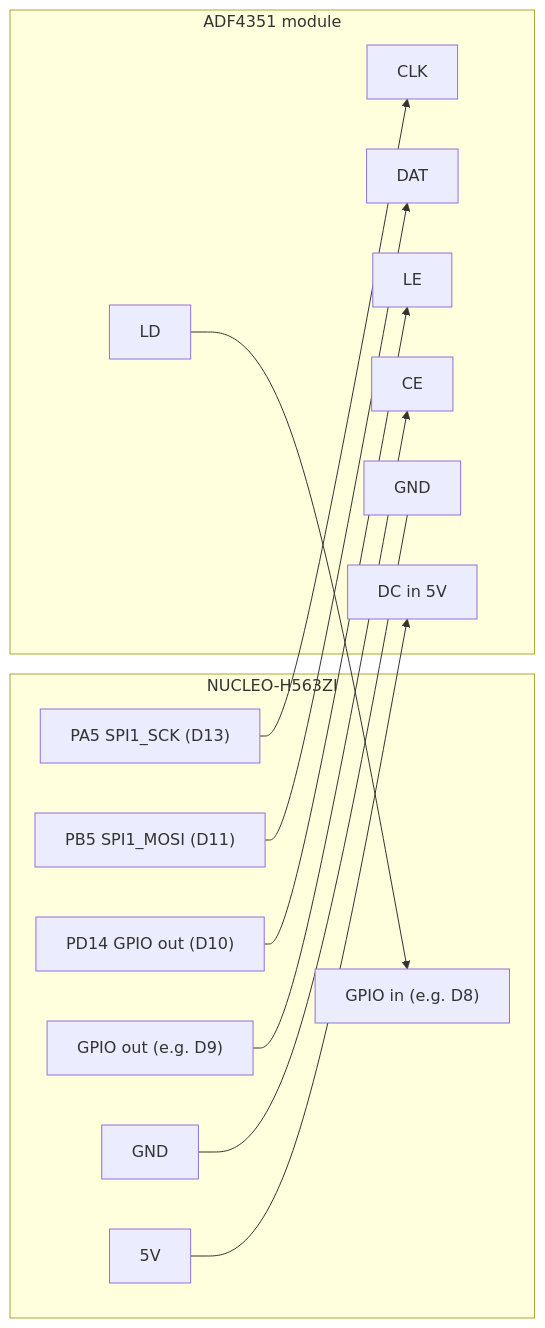
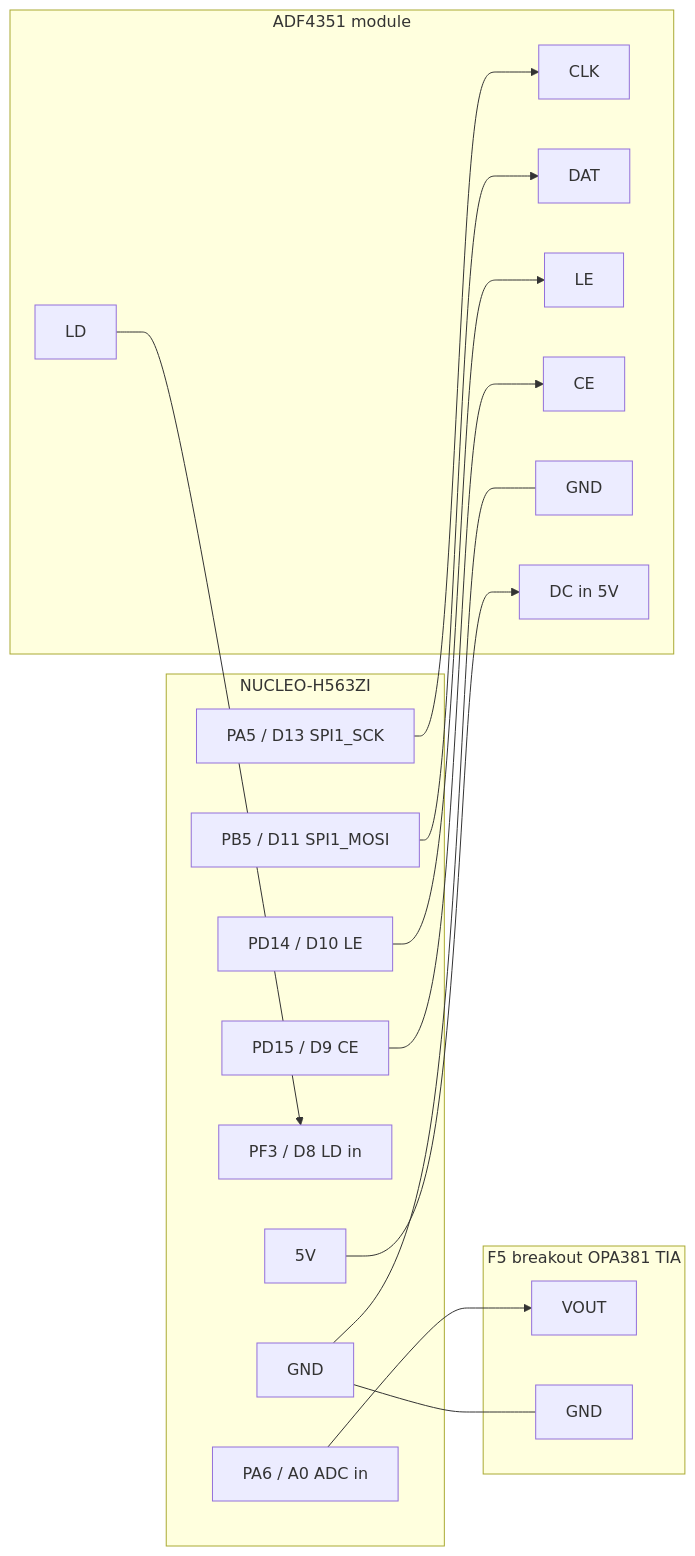
One commit to apoolla114/easy_qubit changed the diagram in misc/diagrams/wiring_guide.md. Above: the diagram before and after it, drawn with Mermaid. The commit also changed other lines of this file and 1 other file, not shown here.

````diff
--- a/misc/diagrams/wiring_guide.md
+++ b/misc/diagrams/wiring_guide.md
@@ -3,28 +30,35 @@
 ```mermaid
 flowchart LR
   subgraph nucleo [NUCLEO-H563ZI]
-    PA5["PA5 SPI1_SCK (D13)"]
-    PB5["PB5 SPI1_MOSI (D11)"]
-    PD14["PD14 GPIO out (D10)"]
-    CEpin["GPIO out (e.g. D9)"]
-    LDpin["GPIO in (e.g. D8)"]
+    PA5["PA5 / D13 SPI1_SCK"]
+    PB5["PB5 / D11 SPI1_MOSI"]
+    PD14["PD14 / D10 LE"]
+    PD15["PD15 / D9 CE"]
+    PF3["PF3 / D8 LD in"]
+    PA6["PA6 / A0 ADC in"]
     GNDn[GND]
     V5[5V]
   end
   subgraph adf [ADF4351 module]
     CLK
     DAT
     LE
     CE
     LD
     GNDa[GND]
     PWR["DC in 5V"]
   end
+  subgraph det [F5 breakout OPA381 TIA]
+    Vout["VOUT"]
+    GNDd[GND]
+  end
   PA5 --> CLK
   PB5 --> DAT
   PD14 --> LE
-  CEpin --> CE
-  LD --> LDpin
+  PD15 --> CE
+  LD --> PF3
+  PA6 --> Vout
   GNDn --- GNDa
+  GNDn --- GNDd
   V5 --> PWR
 ```
````
